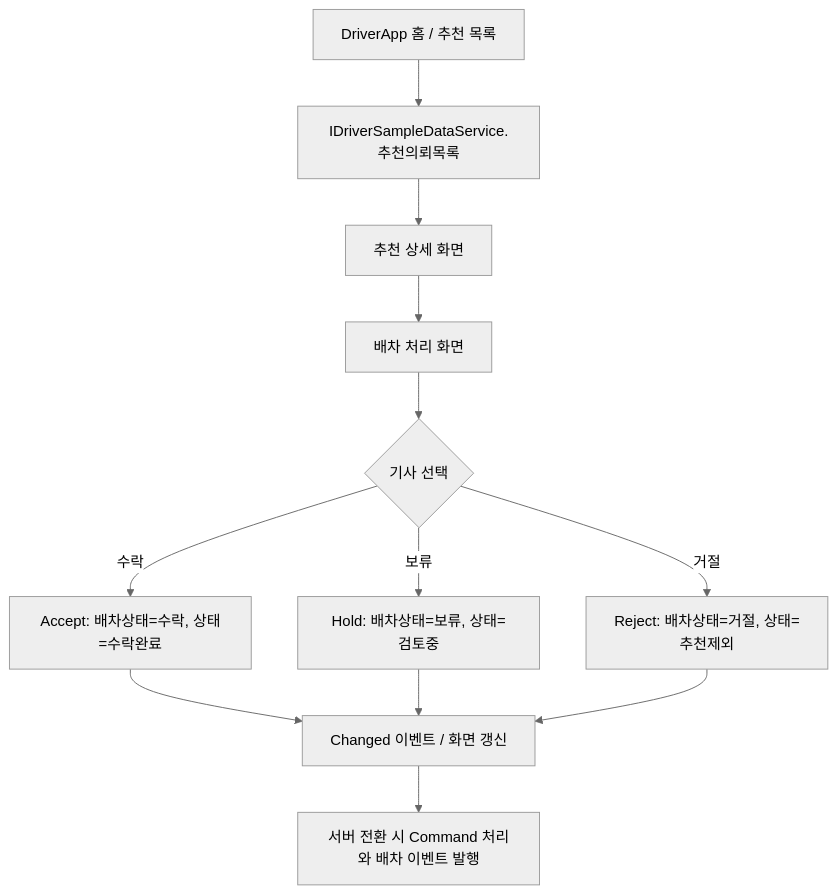
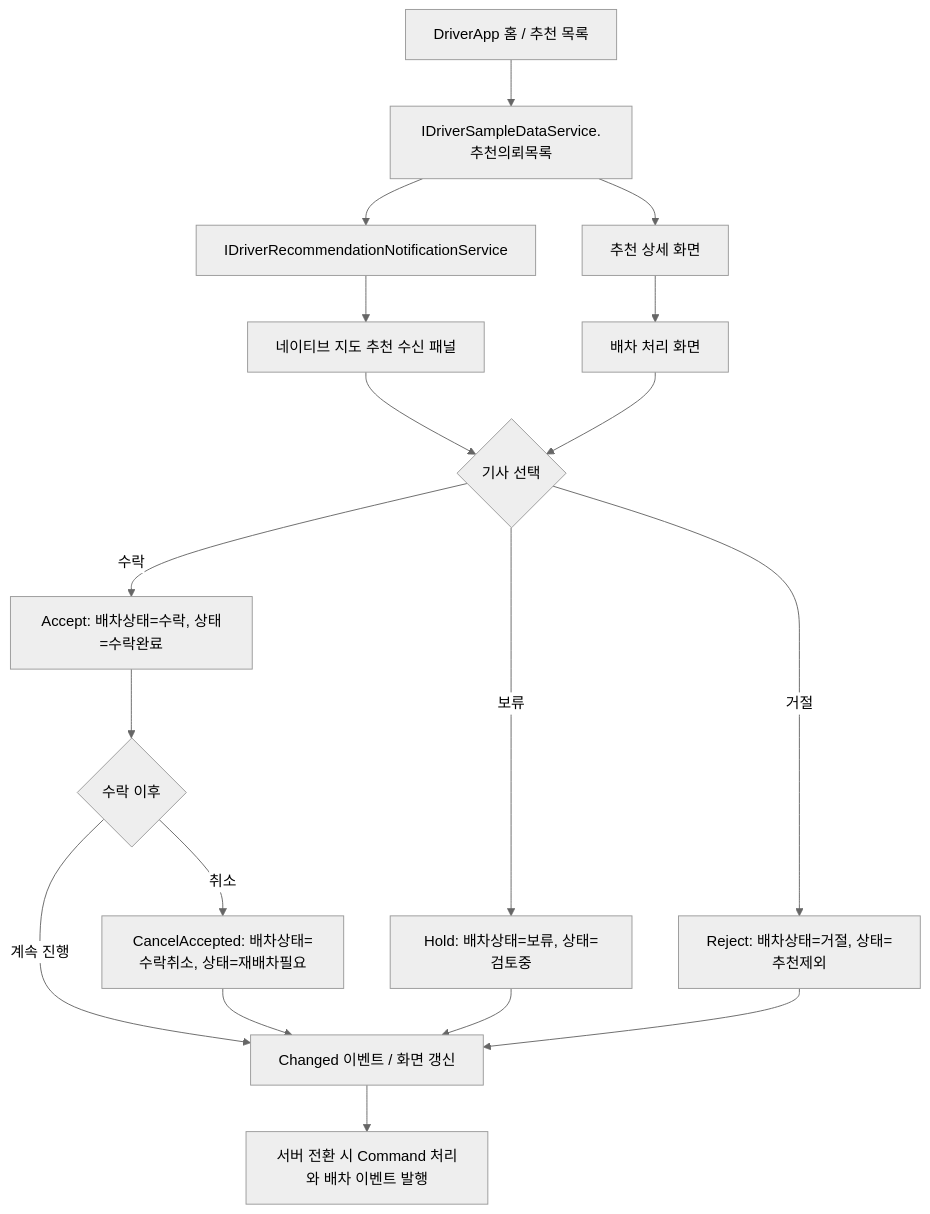
The second of 4 diagrams in docs/ProjectOverview/screen-flows.md (cheolwo/hongdal), drawn with Mermaid (neutral theme) before and after one commit. The commit also changed other lines of this file and 81 other files, not shown here.

````diff
--- a/docs/ProjectOverview/screen-flows.md
+++ b/docs/ProjectOverview/screen-flows.md
@@ -24,14 +25,20 @@
 ```mermaid
 flowchart TD
     A["DriverApp 홈 / 추천 목록"] --> B["IDriverSampleDataService.추천의뢰목록"]
+    B --> N["IDriverRecommendationNotificationService"]
+    N --> M["네이티브 지도 추천 수신 패널"]
     B --> C["추천 상세 화면"]
     C --> D["배차 처리 화면"]
+    M --> E
     D --> E{"기사 선택"}
     E -->|수락| F["Accept: 배차상태=수락, 상태=수락완료"]
     E -->|보류| G["Hold: 배차상태=보류, 상태=검토중"]
     E -->|거절| H["Reject: 배차상태=거절, 상태=추천제외"]
-    F --> I["Changed 이벤트 / 화면 갱신"]
+    F --> K{"수락 이후"}
+    K -->|계속 진행| I["Changed 이벤트 / 화면 갱신"]
+    K -->|취소| L["CancelAccepted: 배차상태=수락취소, 상태=재배차필요"]
     G --> I
     H --> I
+    L --> I
     I --> J["서버 전환 시 Command 처리와 배차 이벤트 발행"]
 ```
````
